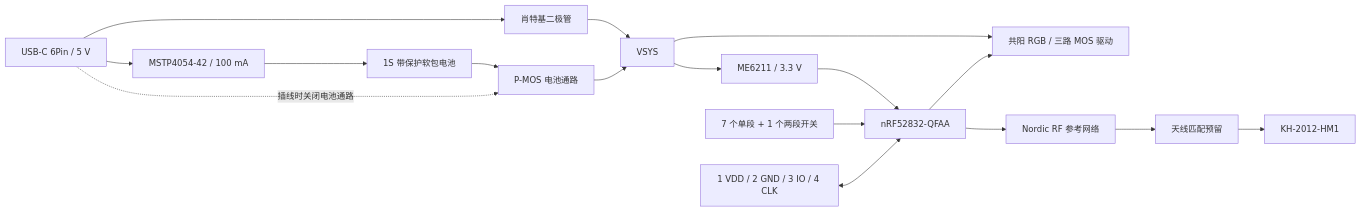
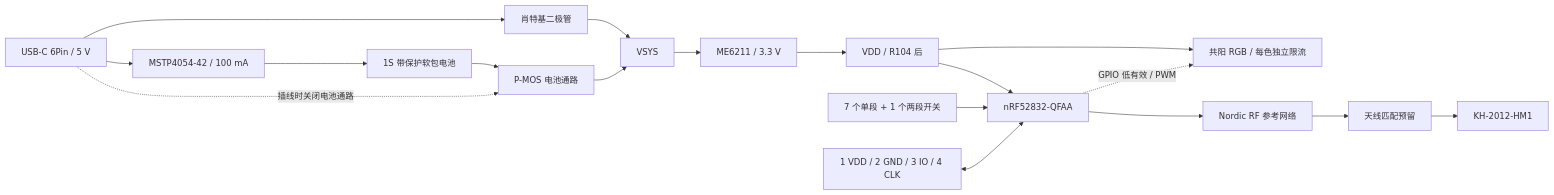
The diagram in output/electrical/原理图-v0.1.md (GuruGuru-SEU/nrf-canon-remote), drawn with Mermaid before and after one commit. The commit also changed other lines of this file and 13 other files, not shown here.

Commit message:
Drive RGB LED directly from GPIO on VDD

````diff
--- a/output/electrical/原理图-v0.1.md
+++ b/output/electrical/原理图-v0.1.md
@@ -19,19 +19,20 @@
 ```mermaid
 flowchart LR
   USB[USB-C 6Pin / 5 V] --> CHG[MSTP4054-42 / 100 mA]
   CHG --> BAT[1S 带保护软包电池]
   USB --> D[肖特基二极管]
   D --> SYS[VSYS]
   BAT --> PMOS[P-MOS 电池通路]
   PMOS --> SYS
   USB -. 插线时关闭电池通路 .-> PMOS
   SYS --> LDO[ME6211 / 3.3 V]
-  LDO --> MCU[nRF52832-QFAA]
-  SYS --> RGB[共阳 RGB / 三路 MOS 驱动]
-  MCU --> RGB
+  LDO --> VDD[VDD / R104 后]
+  VDD --> MCU[nRF52832-QFAA]
+  VDD --> RGB[共阳 RGB / 每色独立限流]
+  MCU -. GPIO 低有效 / PWM .-> RGB
   KEY[7 个单段 + 1 个两段开关] --> MCU
   SWD[1 VDD / 2 GND / 3 IO / 4 CLK] <--> MCU
   MCU --> RF[Nordic RF 参考网络]
   RF --> MATCH[天线匹配预留]
   MATCH --> ANT[KH-2012-HM1]
 ```
````
